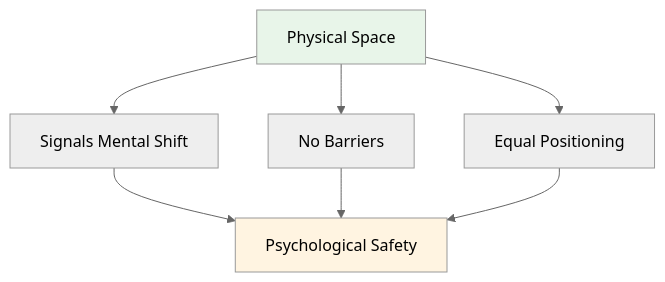
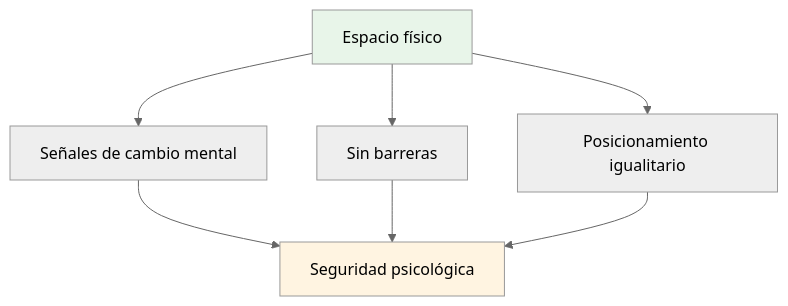
Before and after one commit to patwii/petanque-academy: the second of 4 diagrams in docs/es/workshop.md, drawn with Mermaid (neutral theme). The commit also changed other lines of this file and 532 other files, not shown here.

````diff
--- a/docs/es/workshop.md
+++ b/docs/es/workshop.md
@@ -85,13 +213,13 @@
 ```mermaid
 graph TD
-    A[Physical Space] --> B[Signals Mental Shift]
-    A --> C[No Barriers]
-    A --> D[Equal Positioning]
+    A[Espacio físico] --> B[Señales de cambio mental]
+    A --> C[Sin barreras]
+    A --> D[Posicionamiento igualitario]
 
-    B --> E[Psychological Safety]
+    B --> E[Seguridad psicológica]
     C --> E
     D --> E
 
     style A fill:#e8f5e9
     style E fill:#fff4e1
 ```
````
